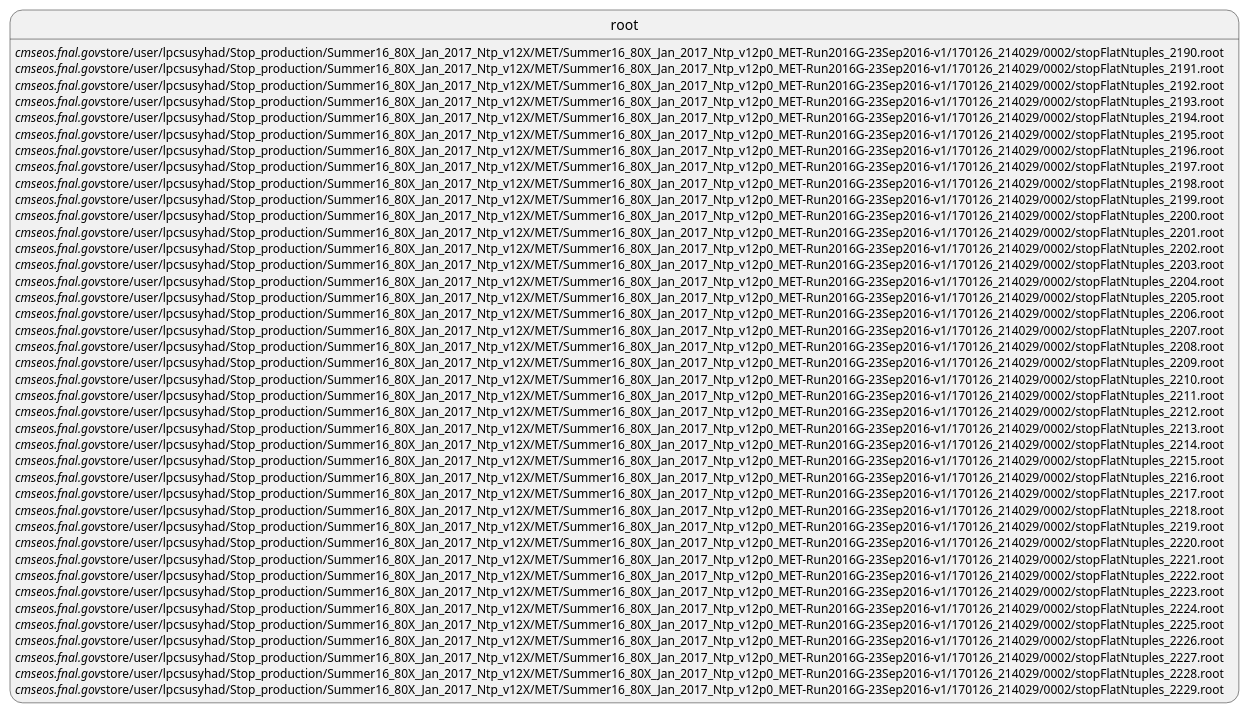
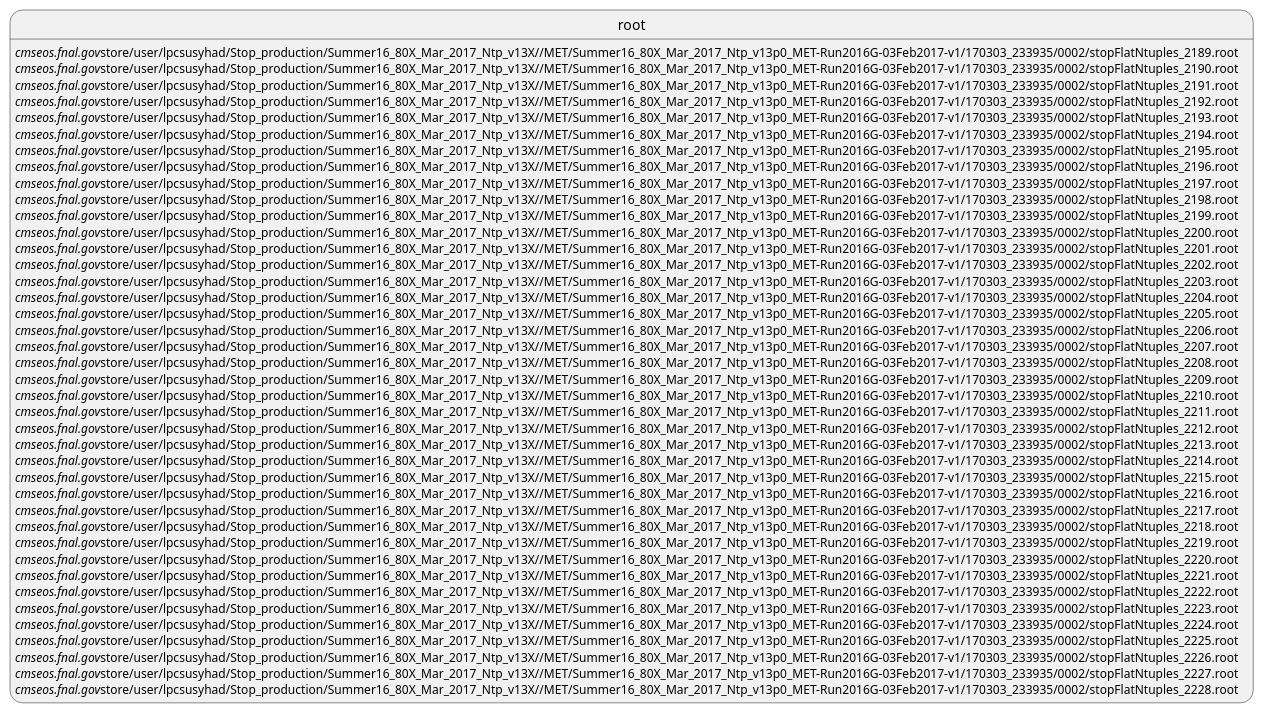
One commit to susy2015/QCD changed the diagram in QCDTools/QCDStopFlattrees/2017MoriondTxt/METSplit.pu. Above: the diagram before and after it, drawn with PlantUML. The commit also changed 595 other files, not shown here.

```diff
--- a/QCDTools/QCDStopFlattrees/2017MoriondTxt/METSplit.pu
+++ b/QCDTools/QCDStopFlattrees/2017MoriondTxt/METSplit.pu
@@ -1,40 +1,40 @@
-root://cmseos.fnal.gov//store/user/lpcsusyhad/Stop_production/Summer16_80X_Jan_2017_Ntp_v12X/MET/Summer16_80X_Jan_2017_Ntp_v12p0_MET-Run2016G-23Sep2016-v1/170126_214029/0002/stopFlatNtuples_2190.root
-root://cmseos.fnal.gov//store/user/lpcsusyhad/Stop_production/Summer16_80X_Jan_2017_Ntp_v12X/MET/Summer16_80X_Jan_2017_Ntp_v12p0_MET-Run2016G-23Sep2016-v1/170126_214029/0002/stopFlatNtuples_2191.root
-root://cmseos.fnal.gov//store/user/lpcsusyhad/Stop_production/Summer16_80X_Jan_2017_Ntp_v12X/MET/Summer16_80X_Jan_2017_Ntp_v12p0_MET-Run2016G-23Sep2016-v1/170126_214029/0002/stopFlatNtuples_2192.root
-root://cmseos.fnal.gov//store/user/lpcsusyhad/Stop_production/Summer16_80X_Jan_2017_Ntp_v12X/MET/Summer16_80X_Jan_2017_Ntp_v12p0_MET-Run2016G-23Sep2016-v1/170126_214029/0002/stopFlatNtuples_2193.root
-root://cmseos.fnal.gov//store/user/lpcsusyhad/Stop_production/Summer16_80X_Jan_2017_Ntp_v12X/MET/Summer16_80X_Jan_2017_Ntp_v12p0_MET-Run2016G-23Sep2016-v1/170126_214029/0002/stopFlatNtuples_2194.root
-root://cmseos.fnal.gov//store/user/lpcsusyhad/Stop_production/Summer16_80X_Jan_2017_Ntp_v12X/MET/Summer16_80X_Jan_2017_Ntp_v12p0_MET-Run2016G-23Sep2016-v1/170126_214029/0002/stopFlatNtuples_2195.root
-root://cmseos.fnal.gov//store/user/lpcsusyhad/Stop_production/Summer16_80X_Jan_2017_Ntp_v12X/MET/Summer16_80X_Jan_2017_Ntp_v12p0_MET-Run2016G-23Sep2016-v1/170126_214029/0002/stopFlatNtuples_2196.root
-root://cmseos.fnal.gov//store/user/lpcsusyhad/Stop_production/Summer16_80X_Jan_2017_Ntp_v12X/MET/Summer16_80X_Jan_2017_Ntp_v12p0_MET-Run2016G-23Sep2016-v1/170126_214029/0002/stopFlatNtuples_2197.root
-root://cmseos.fnal.gov//store/user/lpcsusyhad/Stop_production/Summer16_80X_Jan_2017_Ntp_v12X/MET/Summer16_80X_Jan_2017_Ntp_v12p0_MET-Run2016G-23Sep2016-v1/170126_214029/0002/stopFlatNtuples_2198.root
-root://cmseos.fnal.gov//store/user/lpcsusyhad/Stop_production/Summer16_80X_Jan_2017_Ntp_v12X/MET/Summer16_80X_Jan_2017_Ntp_v12p0_MET-Run2016G-23Sep2016-v1/170126_214029/0002/stopFlatNtuples_2199.root
-root://cmseos.fnal.gov//store/user/lpcsusyhad/Stop_production/Summer16_80X_Jan_2017_Ntp_v12X/MET/Summer16_80X_Jan_2017_Ntp_v12p0_MET-Run2016G-23Sep2016-v1/170126_214029/0002/stopFlatNtuples_2200.root
-root://cmseos.fnal.gov//store/user/lpcsusyhad/Stop_production/Summer16_80X_Jan_2017_Ntp_v12X/MET/Summer16_80X_Jan_2017_Ntp_v12p0_MET-Run2016G-23Sep2016-v1/170126_214029/0002/stopFlatNtuples_2201.root
-root://cmseos.fnal.gov//store/user/lpcsusyhad/Stop_production/Summer16_80X_Jan_2017_Ntp_v12X/MET/Summer16_80X_Jan_2017_Ntp_v12p0_MET-Run2016G-23Sep2016-v1/170126_214029/0002/stopFlatNtuples_2202.root
-root://cmseos.fnal.gov//store/user/lpcsusyhad/Stop_production/Summer16_80X_Jan_2017_Ntp_v12X/MET/Summer16_80X_Jan_2017_Ntp_v12p0_MET-Run2016G-23Sep2016-v1/170126_214029/0002/stopFlatNtuples_2203.root
-root://cmseos.fnal.gov//store/user/lpcsusyhad/Stop_production/Summer16_80X_Jan_2017_Ntp_v12X/MET/Summer16_80X_Jan_2017_Ntp_v12p0_MET-Run2016G-23Sep2016-v1/170126_214029/0002/stopFlatNtuples_2204.root
-root://cmseos.fnal.gov//store/user/lpcsusyhad/Stop_production/Summer16_80X_Jan_2017_Ntp_v12X/MET/Summer16_80X_Jan_2017_Ntp_v12p0_MET-Run2016G-23Sep2016-v1/170126_214029/0002/stopFlatNtuples_2205.root
-root://cmseos.fnal.gov//store/user/lpcsusyhad/Stop_production/Summer16_80X_Jan_2017_Ntp_v12X/MET/Summer16_80X_Jan_2017_Ntp_v12p0_MET-Run2016G-23Sep2016-v1/170126_214029/0002/stopFlatNtuples_2206.root
-root://cmseos.fnal.gov//store/user/lpcsusyhad/Stop_production/Summer16_80X_Jan_2017_Ntp_v12X/MET/Summer16_80X_Jan_2017_Ntp_v12p0_MET-Run2016G-23Sep2016-v1/170126_214029/0002/stopFlatNtuples_2207.root
-root://cmseos.fnal.gov//store/user/lpcsusyhad/Stop_production/Summer16_80X_Jan_2017_Ntp_v12X/MET/Summer16_80X_Jan_2017_Ntp_v12p0_MET-Run2016G-23Sep2016-v1/170126_214029/0002/stopFlatNtuples_2208.root
-root://cmseos.fnal.gov//store/user/lpcsusyhad/Stop_production/Summer16_80X_Jan_2017_Ntp_v12X/MET/Summer16_80X_Jan_2017_Ntp_v12p0_MET-Run2016G-23Sep2016-v1/170126_214029/0002/stopFlatNtuples_2209.root
-root://cmseos.fnal.gov//store/user/lpcsusyhad/Stop_production/Summer16_80X_Jan_2017_Ntp_v12X/MET/Summer16_80X_Jan_2017_Ntp_v12p0_MET-Run2016G-23Sep2016-v1/170126_214029/0002/stopFlatNtuples_2210.root
-root://cmseos.fnal.gov//store/user/lpcsusyhad/Stop_production/Summer16_80X_Jan_2017_Ntp_v12X/MET/Summer16_80X_Jan_2017_Ntp_v12p0_MET-Run2016G-23Sep2016-v1/170126_214029/0002/stopFlatNtuples_2211.root
-root://cmseos.fnal.gov//store/user/lpcsusyhad/Stop_production/Summer16_80X_Jan_2017_Ntp_v12X/MET/Summer16_80X_Jan_2017_Ntp_v12p0_MET-Run2016G-23Sep2016-v1/170126_214029/0002/stopFlatNtuples_2212.root
-root://cmseos.fnal.gov//store/user/lpcsusyhad/Stop_production/Summer16_80X_Jan_2017_Ntp_v12X/MET/Summer16_80X_Jan_2017_Ntp_v12p0_MET-Run2016G-23Sep2016-v1/170126_214029/0002/stopFlatNtuples_2213.root
-root://cmseos.fnal.gov//store/user/lpcsusyhad/Stop_production/Summer16_80X_Jan_2017_Ntp_v12X/MET/Summer16_80X_Jan_2017_Ntp_v12p0_MET-Run2016G-23Sep2016-v1/170126_214029/0002/stopFlatNtuples_2214.root
-root://cmseos.fnal.gov//store/user/lpcsusyhad/Stop_production/Summer16_80X_Jan_2017_Ntp_v12X/MET/Summer16_80X_Jan_2017_Ntp_v12p0_MET-Run2016G-23Sep2016-v1/170126_214029/0002/stopFlatNtuples_2215.root
-root://cmseos.fnal.gov//store/user/lpcsusyhad/Stop_production/Summer16_80X_Jan_2017_Ntp_v12X/MET/Summer16_80X_Jan_2017_Ntp_v12p0_MET-Run2016G-23Sep2016-v1/170126_214029/0002/stopFlatNtuples_2216.root
-root://cmseos.fnal.gov//store/user/lpcsusyhad/Stop_production/Summer16_80X_Jan_2017_Ntp_v12X/MET/Summer16_80X_Jan_2017_Ntp_v12p0_MET-Run2016G-23Sep2016-v1/170126_214029/0002/stopFlatNtuples_2217.root
-root://cmseos.fnal.gov//store/user/lpcsusyhad/Stop_production/Summer16_80X_Jan_2017_Ntp_v12X/MET/Summer16_80X_Jan_2017_Ntp_v12p0_MET-Run2016G-23Sep2016-v1/170126_214029/0002/stopFlatNtuples_2218.root
-root://cmseos.fnal.gov//store/user/lpcsusyhad/Stop_production/Summer16_80X_Jan_2017_Ntp_v12X/MET/Summer16_80X_Jan_2017_Ntp_v12p0_MET-Run2016G-23Sep2016-v1/170126_214029/0002/stopFlatNtuples_2219.root
-root://cmseos.fnal.gov//store/user/lpcsusyhad/Stop_production/Summer16_80X_Jan_2017_Ntp_v12X/MET/Summer16_80X_Jan_2017_Ntp_v12p0_MET-Run2016G-23Sep2016-v1/170126_214029/0002/stopFlatNtuples_2220.root
-root://cmseos.fnal.gov//store/user/lpcsusyhad/Stop_production/Summer16_80X_Jan_2017_Ntp_v12X/MET/Summer16_80X_Jan_2017_Ntp_v12p0_MET-Run2016G-23Sep2016-v1/170126_214029/0002/stopFlatNtuples_2221.root
-root://cmseos.fnal.gov//store/user/lpcsusyhad/Stop_production/Summer16_80X_Jan_2017_Ntp_v12X/MET/Summer16_80X_Jan_2017_Ntp_v12p0_MET-Run2016G-23Sep2016-v1/170126_214029/0002/stopFlatNtuples_2222.root
-root://cmseos.fnal.gov//store/user/lpcsusyhad/Stop_production/Summer16_80X_Jan_2017_Ntp_v12X/MET/Summer16_80X_Jan_2017_Ntp_v12p0_MET-Run2016G-23Sep2016-v1/170126_214029/0002/stopFlatNtuples_2223.root
-root://cmseos.fnal.gov//store/user/lpcsusyhad/Stop_production/Summer16_80X_Jan_2017_Ntp_v12X/MET/Summer16_80X_Jan_2017_Ntp_v12p0_MET-Run2016G-23Sep2016-v1/170126_214029/0002/stopFlatNtuples_2224.root
-root://cmseos.fnal.gov//store/user/lpcsusyhad/Stop_production/Summer16_80X_Jan_2017_Ntp_v12X/MET/Summer16_80X_Jan_2017_Ntp_v12p0_MET-Run2016G-23Sep2016-v1/170126_214029/0002/stopFlatNtuples_2225.root
-root://cmseos.fnal.gov//store/user/lpcsusyhad/Stop_production/Summer16_80X_Jan_2017_Ntp_v12X/MET/Summer16_80X_Jan_2017_Ntp_v12p0_MET-Run2016G-23Sep2016-v1/170126_214029/0002/stopFlatNtuples_2226.root
-root://cmseos.fnal.gov//store/user/lpcsusyhad/Stop_production/Summer16_80X_Jan_2017_Ntp_v12X/MET/Summer16_80X_Jan_2017_Ntp_v12p0_MET-Run2016G-23Sep2016-v1/170126_214029/0002/stopFlatNtuples_2227.root
-root://cmseos.fnal.gov//store/user/lpcsusyhad/Stop_production/Summer16_80X_Jan_2017_Ntp_v12X/MET/Summer16_80X_Jan_2017_Ntp_v12p0_MET-Run2016G-23Sep2016-v1/170126_214029/0002/stopFlatNtuples_2228.root
-root://cmseos.fnal.gov//store/user/lpcsusyhad/Stop_production/Summer16_80X_Jan_2017_Ntp_v12X/MET/Summer16_80X_Jan_2017_Ntp_v12p0_MET-Run2016G-23Sep2016-v1/170126_214029/0002/stopFlatNtuples_2229.root
+root://cmseos.fnal.gov//store/user/lpcsusyhad/Stop_production/Summer16_80X_Mar_2017_Ntp_v13X//MET/Summer16_80X_Mar_2017_Ntp_v13p0_MET-Run2016G-03Feb2017-v1/170303_233935/0002/stopFlatNtuples_2189.root
+root://cmseos.fnal.gov//store/user/lpcsusyhad/Stop_production/Summer16_80X_Mar_2017_Ntp_v13X//MET/Summer16_80X_Mar_2017_Ntp_v13p0_MET-Run2016G-03Feb2017-v1/170303_233935/0002/stopFlatNtuples_2190.root
+root://cmseos.fnal.gov//store/user/lpcsusyhad/Stop_production/Summer16_80X_Mar_2017_Ntp_v13X//MET/Summer16_80X_Mar_2017_Ntp_v13p0_MET-Run2016G-03Feb2017-v1/170303_233935/0002/stopFlatNtuples_2191.root
+root://cmseos.fnal.gov//store/user/lpcsusyhad/Stop_production/Summer16_80X_Mar_2017_Ntp_v13X//MET/Summer16_80X_Mar_2017_Ntp_v13p0_MET-Run2016G-03Feb2017-v1/170303_233935/0002/stopFlatNtuples_2192.root
+root://cmseos.fnal.gov//store/user/lpcsusyhad/Stop_production/Summer16_80X_Mar_2017_Ntp_v13X//MET/Summer16_80X_Mar_2017_Ntp_v13p0_MET-Run2016G-03Feb2017-v1/170303_233935/0002/stopFlatNtuples_2193.root
+root://cmseos.fnal.gov//store/user/lpcsusyhad/Stop_production/Summer16_80X_Mar_2017_Ntp_v13X//MET/Summer16_80X_Mar_2017_Ntp_v13p0_MET-Run2016G-03Feb2017-v1/170303_233935/0002/stopFlatNtuples_2194.root
+root://cmseos.fnal.gov//store/user/lpcsusyhad/Stop_production/Summer16_80X_Mar_2017_Ntp_v13X//MET/Summer16_80X_Mar_2017_Ntp_v13p0_MET-Run2016G-03Feb2017-v1/170303_233935/0002/stopFlatNtuples_2195.root
+root://cmseos.fnal.gov//store/user/lpcsusyhad/Stop_production/Summer16_80X_Mar_2017_Ntp_v13X//MET/Summer16_80X_Mar_2017_Ntp_v13p0_MET-Run2016G-03Feb2017-v1/170303_233935/0002/stopFlatNtuples_2196.root
+root://cmseos.fnal.gov//store/user/lpcsusyhad/Stop_production/Summer16_80X_Mar_2017_Ntp_v13X//MET/Summer16_80X_Mar_2017_Ntp_v13p0_MET-Run2016G-03Feb2017-v1/170303_233935/0002/stopFlatNtuples_2197.root
+root://cmseos.fnal.gov//store/user/lpcsusyhad/Stop_production/Summer16_80X_Mar_2017_Ntp_v13X//MET/Summer16_80X_Mar_2017_Ntp_v13p0_MET-Run2016G-03Feb2017-v1/170303_233935/0002/stopFlatNtuples_2198.root
+root://cmseos.fnal.gov//store/user/lpcsusyhad/Stop_production/Summer16_80X_Mar_2017_Ntp_v13X//MET/Summer16_80X_Mar_2017_Ntp_v13p0_MET-Run2016G-03Feb2017-v1/170303_233935/0002/stopFlatNtuples_2199.root
+root://cmseos.fnal.gov//store/user/lpcsusyhad/Stop_production/Summer16_80X_Mar_2017_Ntp_v13X//MET/Summer16_80X_Mar_2017_Ntp_v13p0_MET-Run2016G-03Feb2017-v1/170303_233935/0002/stopFlatNtuples_2200.root
+root://cmseos.fnal.gov//store/user/lpcsusyhad/Stop_production/Summer16_80X_Mar_2017_Ntp_v13X//MET/Summer16_80X_Mar_2017_Ntp_v13p0_MET-Run2016G-03Feb2017-v1/170303_233935/0002/stopFlatNtuples_2201.root
+root://cmseos.fnal.gov//store/user/lpcsusyhad/Stop_production/Summer16_80X_Mar_2017_Ntp_v13X//MET/Summer16_80X_Mar_2017_Ntp_v13p0_MET-Run2016G-03Feb2017-v1/170303_233935/0002/stopFlatNtuples_2202.root
+root://cmseos.fnal.gov//store/user/lpcsusyhad/Stop_production/Summer16_80X_Mar_2017_Ntp_v13X//MET/Summer16_80X_Mar_2017_Ntp_v13p0_MET-Run2016G-03Feb2017-v1/170303_233935/0002/stopFlatNtuples_2203.root
+root://cmseos.fnal.gov//store/user/lpcsusyhad/Stop_production/Summer16_80X_Mar_2017_Ntp_v13X//MET/Summer16_80X_Mar_2017_Ntp_v13p0_MET-Run2016G-03Feb2017-v1/170303_233935/0002/stopFlatNtuples_2204.root
+root://cmseos.fnal.gov//store/user/lpcsusyhad/Stop_production/Summer16_80X_Mar_2017_Ntp_v13X//MET/Summer16_80X_Mar_2017_Ntp_v13p0_MET-Run2016G-03Feb2017-v1/170303_233935/0002/stopFlatNtuples_2205.root
+root://cmseos.fnal.gov//store/user/lpcsusyhad/Stop_production/Summer16_80X_Mar_2017_Ntp_v13X//MET/Summer16_80X_Mar_2017_Ntp_v13p0_MET-Run2016G-03Feb2017-v1/170303_233935/0002/stopFlatNtuples_2206.root
+root://cmseos.fnal.gov//store/user/lpcsusyhad/Stop_production/Summer16_80X_Mar_2017_Ntp_v13X//MET/Summer16_80X_Mar_2017_Ntp_v13p0_MET-Run2016G-03Feb2017-v1/170303_233935/0002/stopFlatNtuples_2207.root
+root://cmseos.fnal.gov//store/user/lpcsusyhad/Stop_production/Summer16_80X_Mar_2017_Ntp_v13X//MET/Summer16_80X_Mar_2017_Ntp_v13p0_MET-Run2016G-03Feb2017-v1/170303_233935/0002/stopFlatNtuples_2208.root
+root://cmseos.fnal.gov//store/user/lpcsusyhad/Stop_production/Summer16_80X_Mar_2017_Ntp_v13X//MET/Summer16_80X_Mar_2017_Ntp_v13p0_MET-Run2016G-03Feb2017-v1/170303_233935/0002/stopFlatNtuples_2209.root
+root://cmseos.fnal.gov//store/user/lpcsusyhad/Stop_production/Summer16_80X_Mar_2017_Ntp_v13X//MET/Summer16_80X_Mar_2017_Ntp_v13p0_MET-Run2016G-03Feb2017-v1/170303_233935/0002/stopFlatNtuples_2210.root
+root://cmseos.fnal.gov//store/user/lpcsusyhad/Stop_production/Summer16_80X_Mar_2017_Ntp_v13X//MET/Summer16_80X_Mar_2017_Ntp_v13p0_MET-Run2016G-03Feb2017-v1/170303_233935/0002/stopFlatNtuples_2211.root
+root://cmseos.fnal.gov//store/user/lpcsusyhad/Stop_production/Summer16_80X_Mar_2017_Ntp_v13X//MET/Summer16_80X_Mar_2017_Ntp_v13p0_MET-Run2016G-03Feb2017-v1/170303_233935/0002/stopFlatNtuples_2212.root
+root://cmseos.fnal.gov//store/user/lpcsusyhad/Stop_production/Summer16_80X_Mar_2017_Ntp_v13X//MET/Summer16_80X_Mar_2017_Ntp_v13p0_MET-Run2016G-03Feb2017-v1/170303_233935/0002/stopFlatNtuples_2213.root
+root://cmseos.fnal.gov//store/user/lpcsusyhad/Stop_production/Summer16_80X_Mar_2017_Ntp_v13X//MET/Summer16_80X_Mar_2017_Ntp_v13p0_MET-Run2016G-03Feb2017-v1/170303_233935/0002/stopFlatNtuples_2214.root
+root://cmseos.fnal.gov//store/user/lpcsusyhad/Stop_production/Summer16_80X_Mar_2017_Ntp_v13X//MET/Summer16_80X_Mar_2017_Ntp_v13p0_MET-Run2016G-03Feb2017-v1/170303_233935/0002/stopFlatNtuples_2215.root
+root://cmseos.fnal.gov//store/user/lpcsusyhad/Stop_production/Summer16_80X_Mar_2017_Ntp_v13X//MET/Summer16_80X_Mar_2017_Ntp_v13p0_MET-Run2016G-03Feb2017-v1/170303_233935/0002/stopFlatNtuples_2216.root
+root://cmseos.fnal.gov//store/user/lpcsusyhad/Stop_production/Summer16_80X_Mar_2017_Ntp_v13X//MET/Summer16_80X_Mar_2017_Ntp_v13p0_MET-Run2016G-03Feb2017-v1/170303_233935/0002/stopFlatNtuples_2217.root
+root://cmseos.fnal.gov//store/user/lpcsusyhad/Stop_production/Summer16_80X_Mar_2017_Ntp_v13X//MET/Summer16_80X_Mar_2017_Ntp_v13p0_MET-Run2016G-03Feb2017-v1/170303_233935/0002/stopFlatNtuples_2218.root
+root://cmseos.fnal.gov//store/user/lpcsusyhad/Stop_production/Summer16_80X_Mar_2017_Ntp_v13X//MET/Summer16_80X_Mar_2017_Ntp_v13p0_MET-Run2016G-03Feb2017-v1/170303_233935/0002/stopFlatNtuples_2219.root
+root://cmseos.fnal.gov//store/user/lpcsusyhad/Stop_production/Summer16_80X_Mar_2017_Ntp_v13X//MET/Summer16_80X_Mar_2017_Ntp_v13p0_MET-Run2016G-03Feb2017-v1/170303_233935/0002/stopFlatNtuples_2220.root
+root://cmseos.fnal.gov//store/user/lpcsusyhad/Stop_production/Summer16_80X_Mar_2017_Ntp_v13X//MET/Summer16_80X_Mar_2017_Ntp_v13p0_MET-Run2016G-03Feb2017-v1/170303_233935/0002/stopFlatNtuples_2221.root
+root://cmseos.fnal.gov//store/user/lpcsusyhad/Stop_production/Summer16_80X_Mar_2017_Ntp_v13X//MET/Summer16_80X_Mar_2017_Ntp_v13p0_MET-Run2016G-03Feb2017-v1/170303_233935/0002/stopFlatNtuples_2222.root
+root://cmseos.fnal.gov//store/user/lpcsusyhad/Stop_production/Summer16_80X_Mar_2017_Ntp_v13X//MET/Summer16_80X_Mar_2017_Ntp_v13p0_MET-Run2016G-03Feb2017-v1/170303_233935/0002/stopFlatNtuples_2223.root
+root://cmseos.fnal.gov//store/user/lpcsusyhad/Stop_production/Summer16_80X_Mar_2017_Ntp_v13X//MET/Summer16_80X_Mar_2017_Ntp_v13p0_MET-Run2016G-03Feb2017-v1/170303_233935/0002/stopFlatNtuples_2224.root
+root://cmseos.fnal.gov//store/user/lpcsusyhad/Stop_production/Summer16_80X_Mar_2017_Ntp_v13X//MET/Summer16_80X_Mar_2017_Ntp_v13p0_MET-Run2016G-03Feb2017-v1/170303_233935/0002/stopFlatNtuples_2225.root
+root://cmseos.fnal.gov//store/user/lpcsusyhad/Stop_production/Summer16_80X_Mar_2017_Ntp_v13X//MET/Summer16_80X_Mar_2017_Ntp_v13p0_MET-Run2016G-03Feb2017-v1/170303_233935/0002/stopFlatNtuples_2226.root
+root://cmseos.fnal.gov//store/user/lpcsusyhad/Stop_production/Summer16_80X_Mar_2017_Ntp_v13X//MET/Summer16_80X_Mar_2017_Ntp_v13p0_MET-Run2016G-03Feb2017-v1/170303_233935/0002/stopFlatNtuples_2227.root
+root://cmseos.fnal.gov//store/user/lpcsusyhad/Stop_production/Summer16_80X_Mar_2017_Ntp_v13X//MET/Summer16_80X_Mar_2017_Ntp_v13p0_MET-Run2016G-03Feb2017-v1/170303_233935/0002/stopFlatNtuples_2228.root
```
